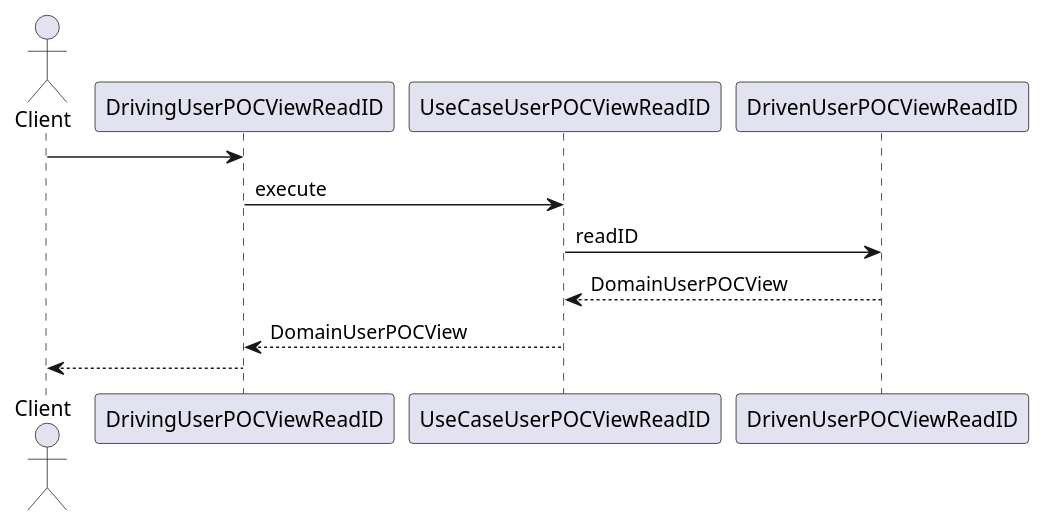
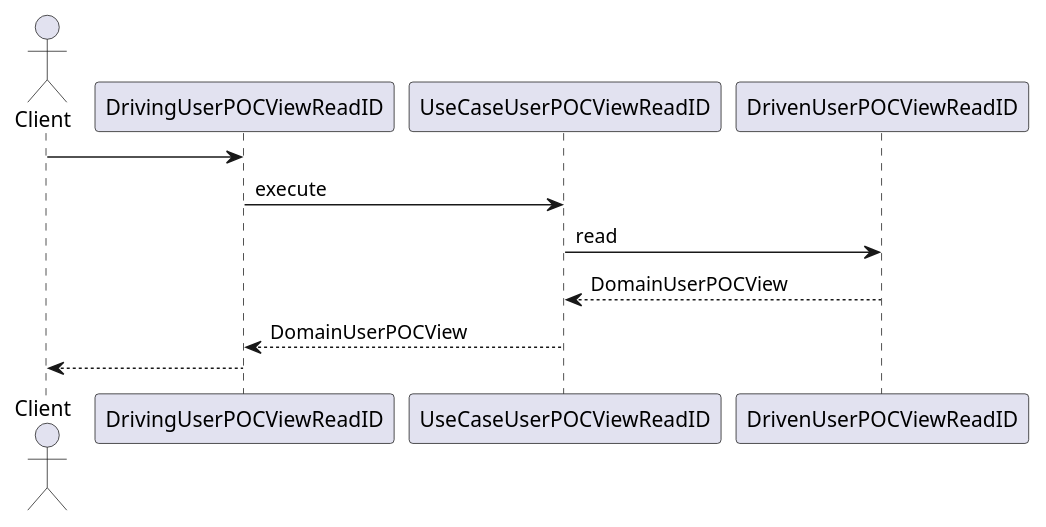
The diagram in src/domain/user-poc-view/application/use-case/user-poc-view-read-id.puml (smhmayboudi/hono-poc), drawn with PlantUML before and after one commit. The commit also changed 14 other files, not shown here.

```diff
--- a/src/domain/user-poc-view/application/use-case/user-poc-view-read-id.puml
+++ b/src/domain/user-poc-view/application/use-case/user-poc-view-read-id.puml
@@ -1,9 +1,9 @@
 @startuml UserPOCView UseCase ReadID
 actor Client
 Client -> DrivingUserPOCViewReadID
 DrivingUserPOCViewReadID -> UseCaseUserPOCViewReadID: execute
-UseCaseUserPOCViewReadID -> DrivenUserPOCViewReadID: readID
+UseCaseUserPOCViewReadID -> DrivenUserPOCViewReadID: read
 DrivenUserPOCViewReadID --> UseCaseUserPOCViewReadID: DomainUserPOCView
 UseCaseUserPOCViewReadID --> DrivingUserPOCViewReadID: DomainUserPOCView
 DrivingUserPOCViewReadID --> Client
 @enduml
```
